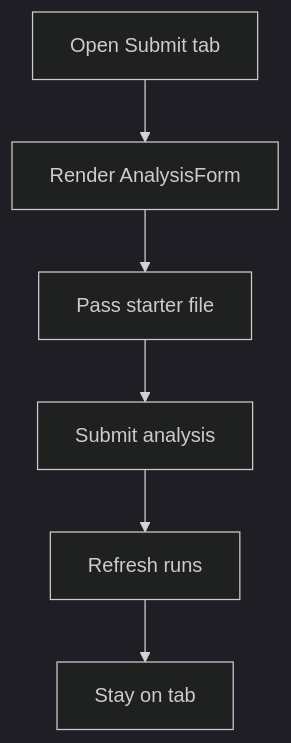
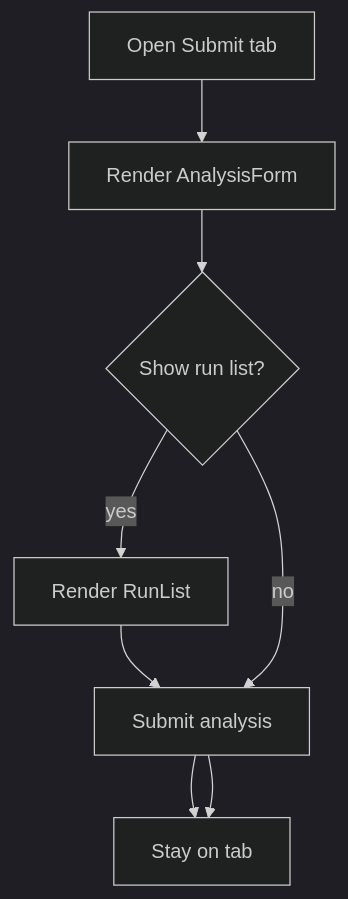
One commit to JohnAndrewBalbarosa/NeoTerritory changed the diagram in docs/Codebase/Frontend/src/components/tabs/SubmitTab.tsx.md. Above: the diagram before and after it, drawn with Mermaid (dark theme). The commit also changed other lines of this file and 28 other files, not shown here.

Commit message:
feat: unify assessment wrapper and dev tool flow

````diff
--- a/docs/Codebase/Frontend/src/components/tabs/SubmitTab.tsx.md
+++ b/docs/Codebase/Frontend/src/components/tabs/SubmitTab.tsx.md
@@ -9,10 +9,12 @@
 ```mermaid
 flowchart TD
     Start["Open Submit tab"]
     N0["Render AnalysisForm"]
-    N1["Pass starter file"]
+    D0{"Show run list?"}
+    N1["Render RunList"]
     N2["Submit analysis"]
-    N3["Refresh runs"]
     End["Stay on tab"]
-    Start --> N0 --> N1 --> N2 --> N3 --> End
+    Start --> N0 --> D0
+    D0 -->|yes| N1 --> N2 --> End
+    D0 -->|no| N2 --> End
 ```
````
